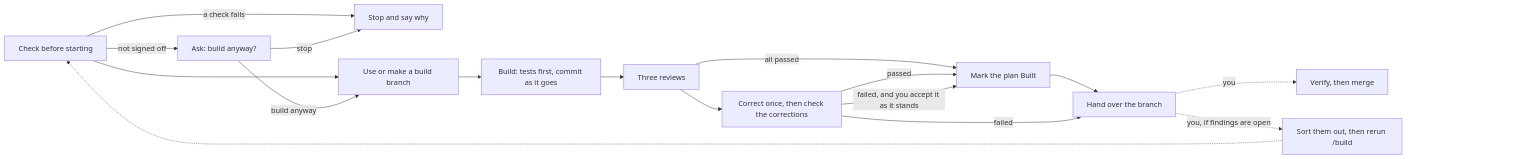
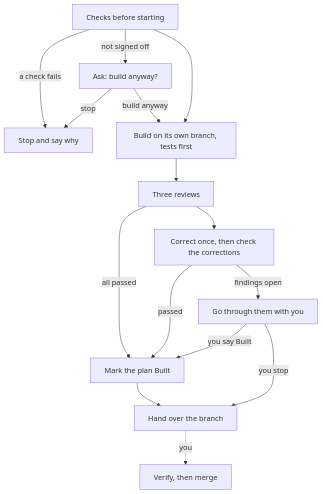
One commit to michaelmarconi/agentic-engineering changed the first of 2 diagrams in docs/skills/build.md. Above: the diagram before and after it, drawn with Mermaid. The commit also changed other lines of this file, not shown here.

Commit message:
Redraw the build page's diagrams top-down, one per flow (#148)

````diff
--- a/docs/skills/build.md
+++ b/docs/skills/build.md
@@ -12,21 +12,17 @@
 ```mermaid
-flowchart LR
-    Check[Check before starting] -->|a check fails| Stop[Stop and say why]
-    Check --> Branch[Use or make a build branch]
+flowchart TD
+    Check[Checks before starting] -->|a check fails| Stop[Stop and say why]
     Check -->|not signed off| Ask[Ask: build anyway?]
     Ask -->|stop| Stop
-    Ask -->|build anyway| Branch
-    Branch --> Build[Build: tests first, commit as it goes]
+    Ask -->|build anyway| Build
+    Check --> Build[Build on its own branch, tests first]
     Build --> Review[Three reviews]
+    Review -->|all passed| Built[Mark the plan Built]
     Review --> Correct[Correct once, then check the corrections]
-    Review -->|all passed| Built
-    Correct -->|passed| Built[Mark the plan Built]
+    Correct -->|passed| Built
+    Correct -->|findings open| Walk[Go through them with you]
+    Walk -->|you say Built| Built
+    Walk -->|you stop| Hand
     Built --> Hand[Hand over the branch]
-    Correct -->|failed| Hand
     Hand -.->|you| Verify[Verify, then merge]
-    Hand -.->|you, if findings are open| Sort[Sort them out, then rerun /build]
-    Sort -.-> Check
-    Correct -->|failed, and you accept it as it stands| Built
-    Verify ~~~ Pad["#nbsp;#nbsp;#nbsp;#nbsp;#nbsp;#nbsp;#nbsp;#nbsp;#nbsp;#nbsp;#nbsp;#nbsp;#nbsp;#nbsp;#nbsp;#nbsp;#nbsp;#nbsp;#nbsp;#nbsp;#nbsp;#nbsp;#nbsp;#nbsp;#nbsp;#nbsp;#nbsp;#nbsp;#nbsp;#nbsp;#nbsp;#nbsp;#nbsp;#nbsp;#nbsp;#nbsp;#nbsp;#nbsp;#nbsp;#nbsp;"]
-    style Pad fill:none,stroke:none
 ```
````
